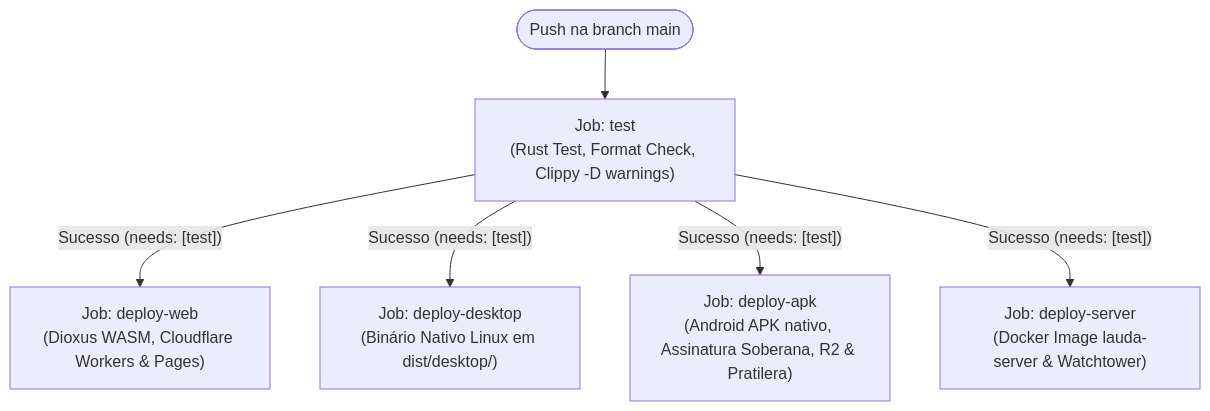
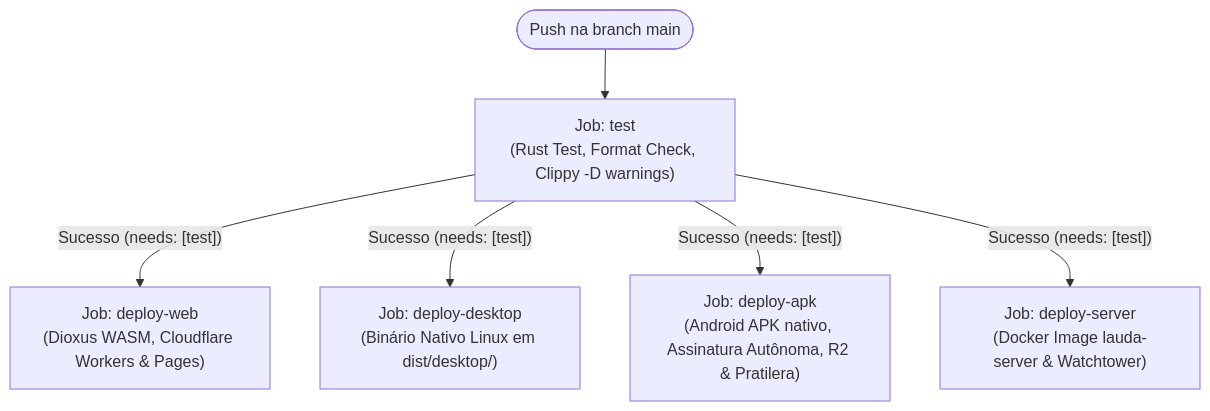
The diagram in docs/specs/ci_full_multitarget_deploy_spec.md (lumenpink/lauda), drawn with Mermaid before and after one commit. The commit also changed other lines of this file and 43 other files, not shown here.

````diff
--- a/docs/specs/ci_full_multitarget_deploy_spec.md
+++ b/docs/specs/ci_full_multitarget_deploy_spec.md
@@ -26,8 +26,8 @@
 ```mermaid
 flowchart TD
     push(["Push na branch main"]) --> test["Job: test\n(Rust Test, Format Check, Clippy -D warnings)"]
     test -->|"Sucesso (needs: [test])"| deploy_web["Job: deploy-web\n(Dioxus WASM, Cloudflare Workers & Pages)"]
     test -->|"Sucesso (needs: [test])"| deploy_desktop["Job: deploy-desktop\n(Binário Nativo Linux em dist/desktop/)"]
-    test -->|"Sucesso (needs: [test])"| deploy_apk["Job: deploy-apk\n(Android APK nativo, Assinatura Soberana, R2 & Pratilera)"]
+    test -->|"Sucesso (needs: [test])"| deploy_apk["Job: deploy-apk\n(Android APK nativo, Assinatura Autônoma, R2 & Pratilera)"]
     test -->|"Sucesso (needs: [test])"| deploy_server["Job: deploy-server\n(Docker Image lauda-server & Watchtower)"]
 ```
````
